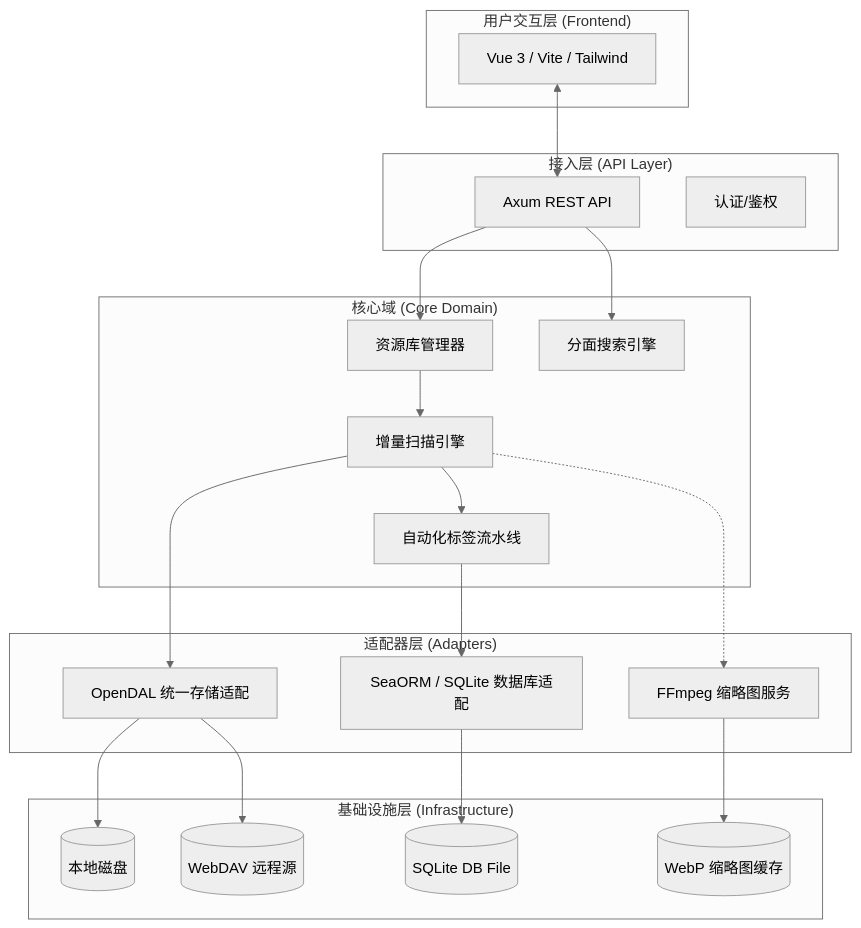
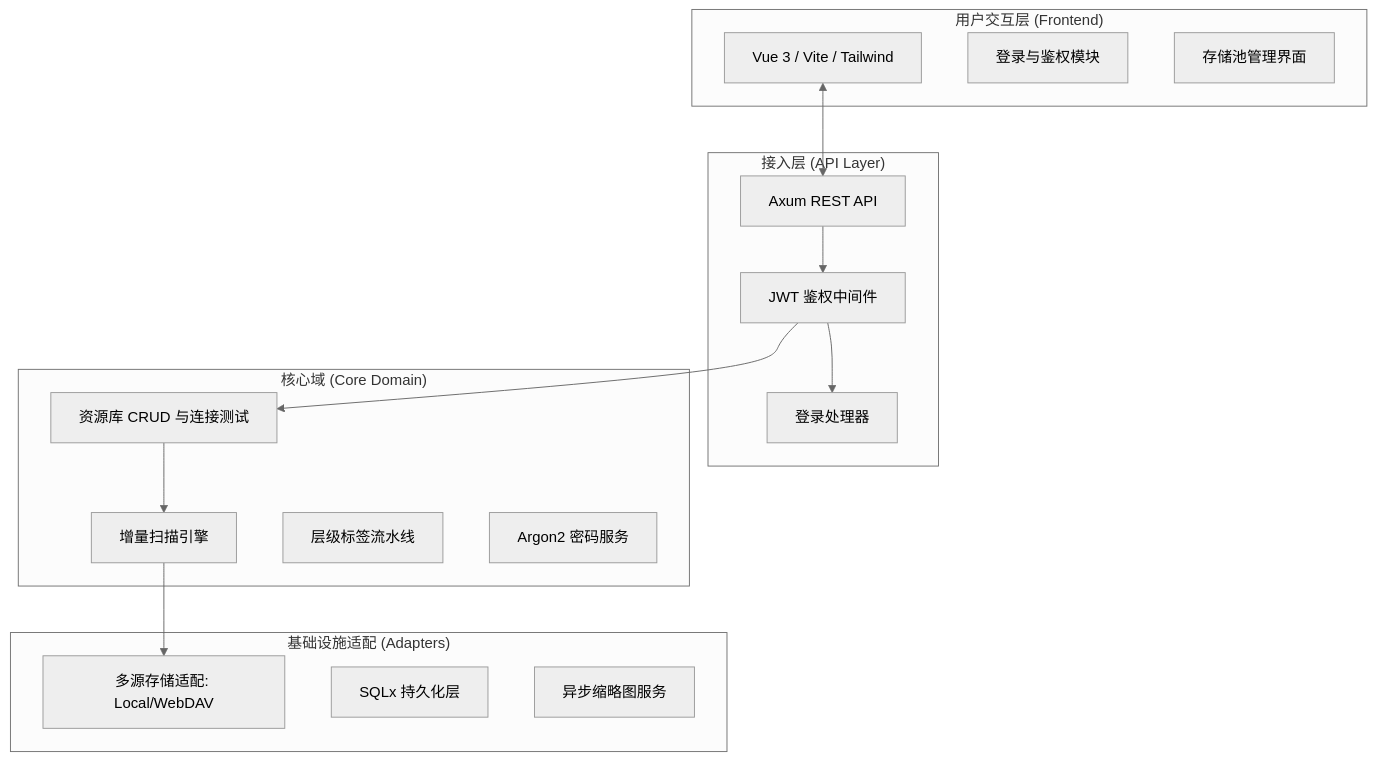
The first of 3 diagrams in doc/TagFlow 概要设计文档.md (sayeui/tagflow), drawn with Mermaid (neutral theme) before and after one commit. The commit also changed other lines of this file and 7 other files, not shown here.

````diff
--- a/doc/TagFlow 概要设计文档.md
+++ b/doc/TagFlow 概要设计文档.md
@@ -24,44 +24,34 @@
 ```mermaid
 graph TB
     subgraph "用户交互层 (Frontend)"
         WebUI[Vue 3 / Vite / Tailwind]
+        LoginView[登录与鉴权模块]
+        StorageView[存储池管理界面]
     end
 
     subgraph "接入层 (API Layer)"
         Axum[Axum REST API]
-        Auth[认证/鉴权]
+        AuthMW[JWT 鉴权中间件]
+        LoginHandler[登录处理器]
     end
 
     subgraph "核心域 (Core Domain)"
         Scanner[增量扫描引擎]
-        Tagger[自动化标签流水线]
-        Library[资源库管理器]
-        Search[分面搜索引擎]
+        Tagger[层级标签流水线]
+        LibManager[资源库 CRUD 与连接测试]
+        AuthService[Argon2 密码服务]
     end
 
-    subgraph "适配器层 (Adapters)"
-        OpenDAL[OpenDAL 统一存储适配]
-        SQLite[SeaORM / SQLite 数据库适配]
-        FFmpeg[FFmpeg 缩略图服务]
-    end
-
-    subgraph "基础设施层 (Infrastructure)"
-        LocalFS[(本地磁盘)]
-        RemoteDAV[(WebDAV 远程源)]
-        DB_File[(SQLite DB File)]
-        CacheDir[(WebP 缩略图缓存)]
+    subgraph "基础设施适配 (Adapters)"
+        OpenDAL[多源存储适配: Local/WebDAV]
+        SQLite[SQLx 持久化层]
+        FFmpeg[异步缩略图服务]
     end
 
     WebUI <--> Axum
-    Axum --> Library
-    Axum --> Search
-    Library --> Scanner
+    Axum --> AuthMW
+    AuthMW --> LoginHandler
+    AuthMW --> LibManager
+    LibManager --> Scanner
     Scanner --> OpenDAL
-    Scanner --> Tagger
-    Tagger --> SQLite
-    OpenDAL --> LocalFS
-    OpenDAL --> RemoteDAV
-    SQLite --> DB_File
-    Scanner -.-> FFmpeg
-    FFmpeg --> CacheDir
 ```
````
